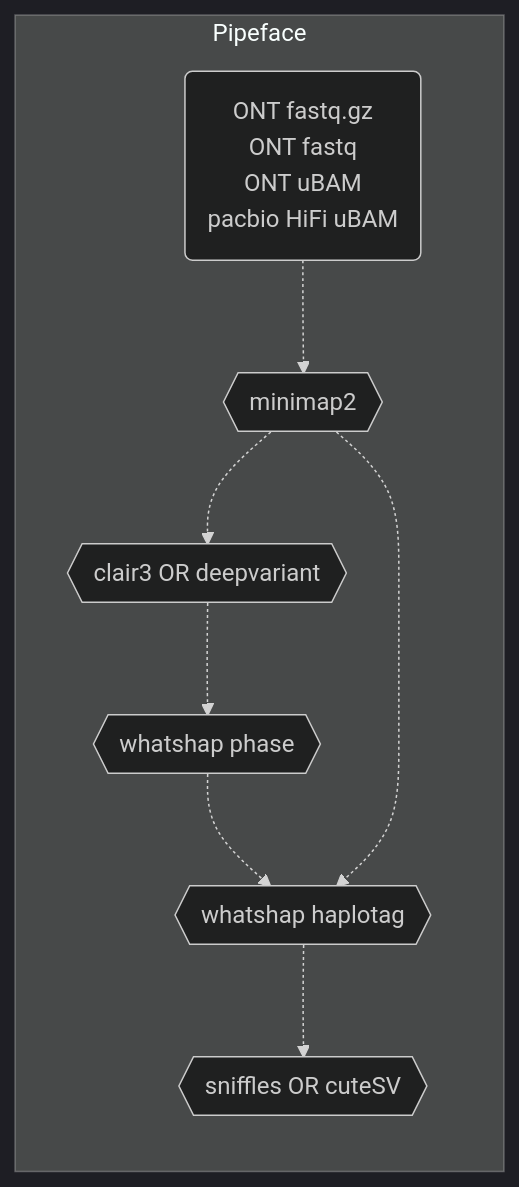
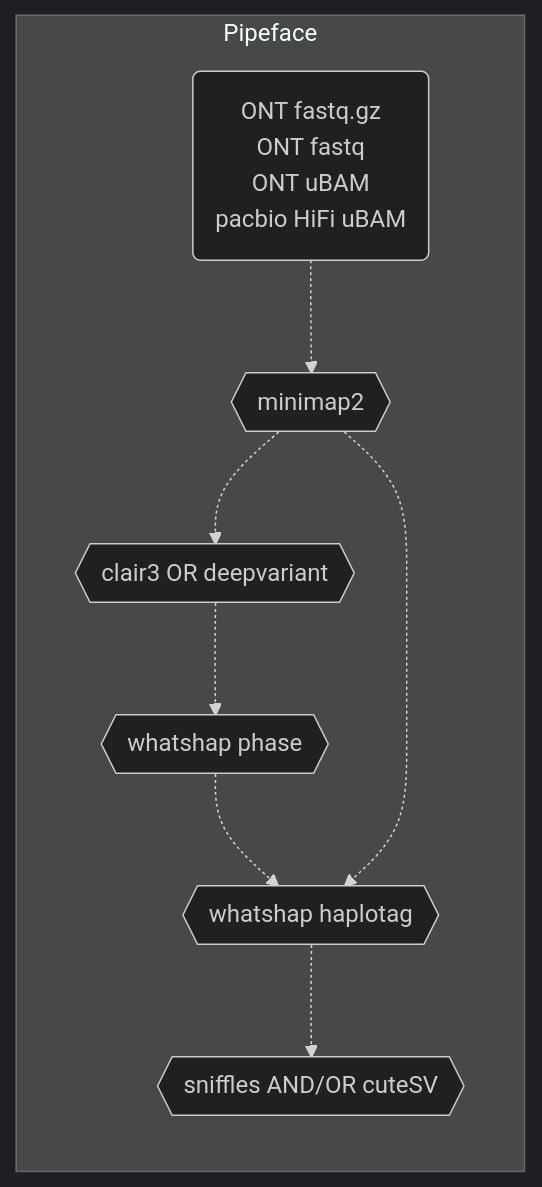
One commit to leahkemp/pipeface changed the first of 2 diagrams in README.md. Above: the diagram before and after it, drawn with Mermaid. The commit also changed other lines of this file and 2 other files, not shown here.

````diff
--- a/README.md
+++ b/README.md
@@ -16,19 +16,19 @@
 ```mermaid
 %%{init: {'theme':'dark'}}%%
 flowchart LR
 
 subgraph "Pipeface"
 
 input_data("ONT fastq.gz \n ONT fastq \n ONT uBAM \n pacbio HiFi uBAM")
 minimap2{{"minimap2"}}
 snp_indel_caller{{"clair3 OR deepvariant"}}
 whatshap_phase{{"whatshap phase"}}
 whatshap_haplotag{{"whatshap haplotag"}}
-sv_caller{{"sniffles OR cuteSV"}}
+sv_caller{{"sniffles AND/OR cuteSV"}}
 
 input_data-.->minimap2-.->snp_indel_caller-.->whatshap_phase-.->whatshap_haplotag-.->sv_caller
 minimap2-.->whatshap_haplotag
 
 end
 
 ```
````
